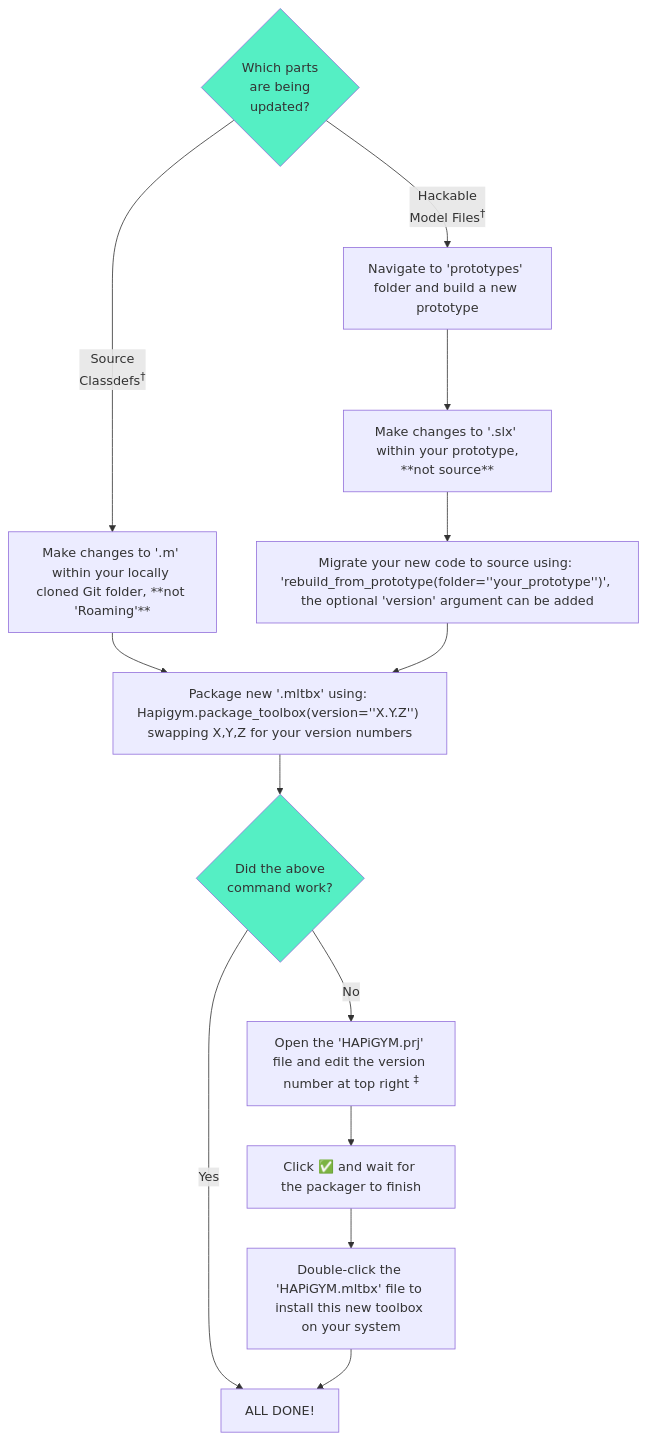
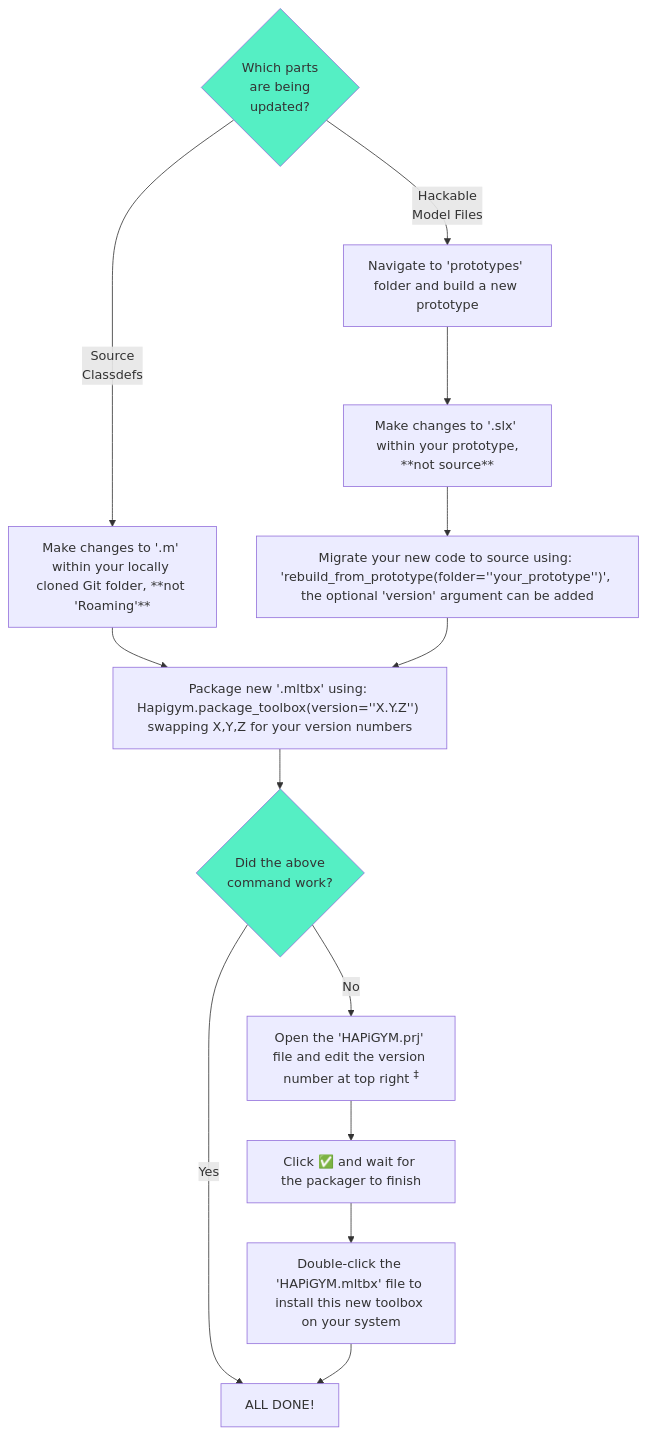
One commit to HAPiWEC/HAPiGYM_docs changed the diagram in Pages/Developer-instructions/1-Maintaining-the-MATLAB-Toolbox.md. Above: the diagram before and after it, drawn with Mermaid. The commit also changed other lines of this file, not shown here.

````diff
--- a/Pages/Developer-instructions/1-Maintaining-the-MATLAB-Toolbox.md
+++ b/Pages/Developer-instructions/1-Maintaining-the-MATLAB-Toolbox.md
@@ -14,19 +14,19 @@
 ```mermaid
 flowchart TB
-    A{Which parts<br>are being<br>updated?} -- Source<br>Classdefs<sup>†</sup> --> B[Make changes to '.m' within your locally cloned Git folder, **not 'Roaming'**];
-    A -- Hackable<br>Model Files<sup>†</sup> --> C[Navigate to 'prototypes' folder and build a new prototype];
+    A{Which parts<br>are being<br>updated?} -- Source<br>Classdefs --> B[Make changes to '.m' within your locally cloned Git folder, **not 'Roaming'**];
+    A -- Hackable<br>Model Files --> C[Navigate to 'prototypes' folder and build a new prototype];
     C --> D[Make changes to '.slx' within your prototype,<br>**not source**];
     D --> E["Migrate your new code to source using: 'rebuild_from_prototype(folder=''your_prototype'')', the optional 'version' argument can be added"];
     B --> F["Package new '.mltbx' using: Hapigym.package_toolbox(version=''X.Y.Z'') swapping X,Y,Z for your version numbers"];
     E --> F;
     F --> H;
     H{Did the above<br>command work?} -- No --> I[Open the 'HAPiGYM.prj' file and edit the version number at top right <sup>‡</sup>];
     I --> J[Click ✅ and wait for the packager to finish];
     J --> K[Double-click the 'HAPiGYM.mltbx' file to install this new toolbox on your system];
     H -- Yes --> Z[ALL DONE!];
     K --> Z[ALL DONE!];
 
     
 style A fill:#55efc4
 style H fill:#55efc4
 ```
````
